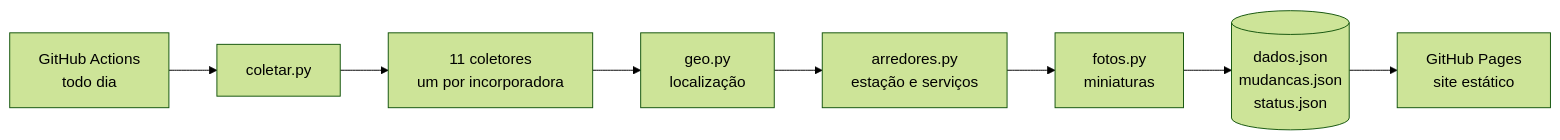
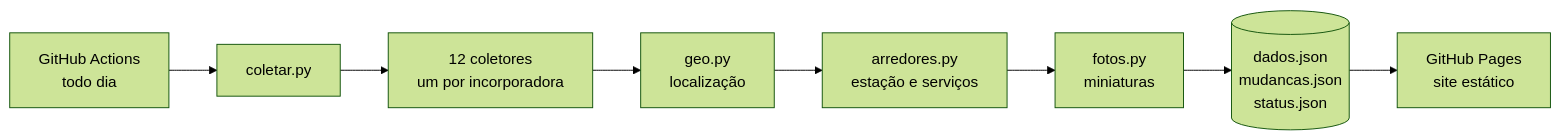
Before and after one commit to yH3rcul3Sy/naplanta: the diagram in README.md, drawn with Mermaid (forest theme). The commit also changed other lines of this file and 9 other files, not shown here.

````diff
--- a/README.md
+++ b/README.md
@@ -41,10 +41,10 @@
 ```mermaid
 flowchart LR
     A[GitHub Actions<br>todo dia] --> B[coletar.py]
-    B --> C[11 coletores<br>um por incorporadora]
+    B --> C[12 coletores<br>um por incorporadora]
     C --> D[geo.py<br>localização]
     D --> E[arredores.py<br>estação e serviços]
     E --> F[fotos.py<br>miniaturas]
     F --> G[(dados.json<br>mudancas.json<br>status.json)]
     G --> H[GitHub Pages<br>site estático]
 ```
````
